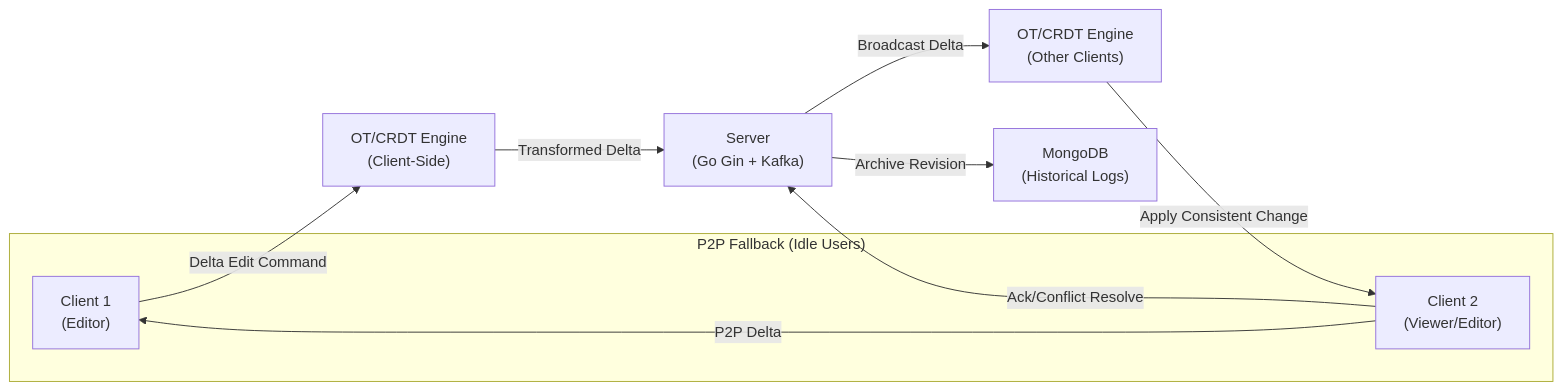
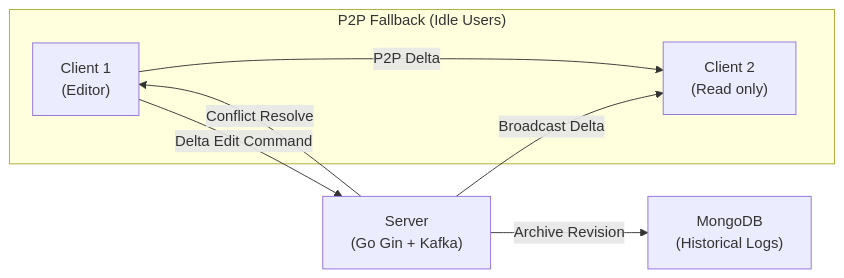
One commit to conbanwa/AuthServer changed the second of 2 diagrams in README.md. Above: the diagram before and after it, drawn with Mermaid.

````diff
--- a/README.md
+++ b/README.md
@@ -39,12 +39,10 @@
 ```mermaid
 graph LR
-    A["Client 1<br/>(Editor)"] -->|"Delta Edit Command"| B["OT/CRDT Engine<br/>(Client-Side)"]
-    B -->|"Transformed Delta"| C["Server<br/>(Go Gin + Kafka)"]
-    C -->|"Broadcast Delta"| D["OT/CRDT Engine<br/>(Other Clients)"]
-    D -->|"Apply Consistent Change"| E["Client 2<br/>(Viewer/Editor)"]
-    E -->|"Ack/Conflict Resolve"| C
+    A["Client 1<br/>(Editor)"] -->|"Delta Edit Command"| C["Server<br/>(Go Gin + Kafka)"]
+    C -->|"Broadcast Delta"| E["Client 2<br/>(Read only)"]
+    C -->|"Conflict Resolve"| A
     C -->|"Archive Revision"| F["MongoDB<br/>(Historical Logs)"]
     subgraph "P2P Fallback (Idle Users)"
-        E -->|"P2P Delta"| A
+        A -->|"P2P Delta"| E
     end
 ```
````
